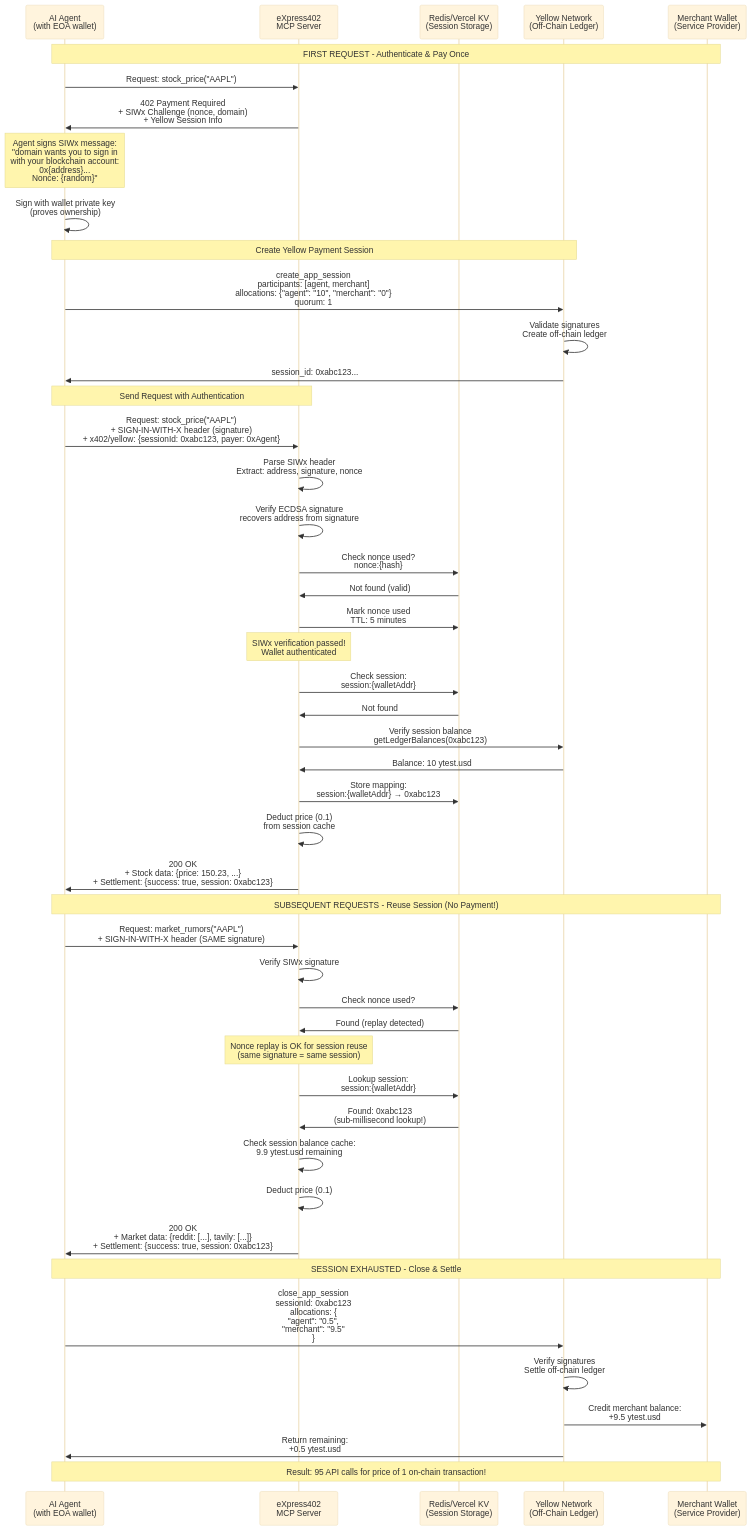
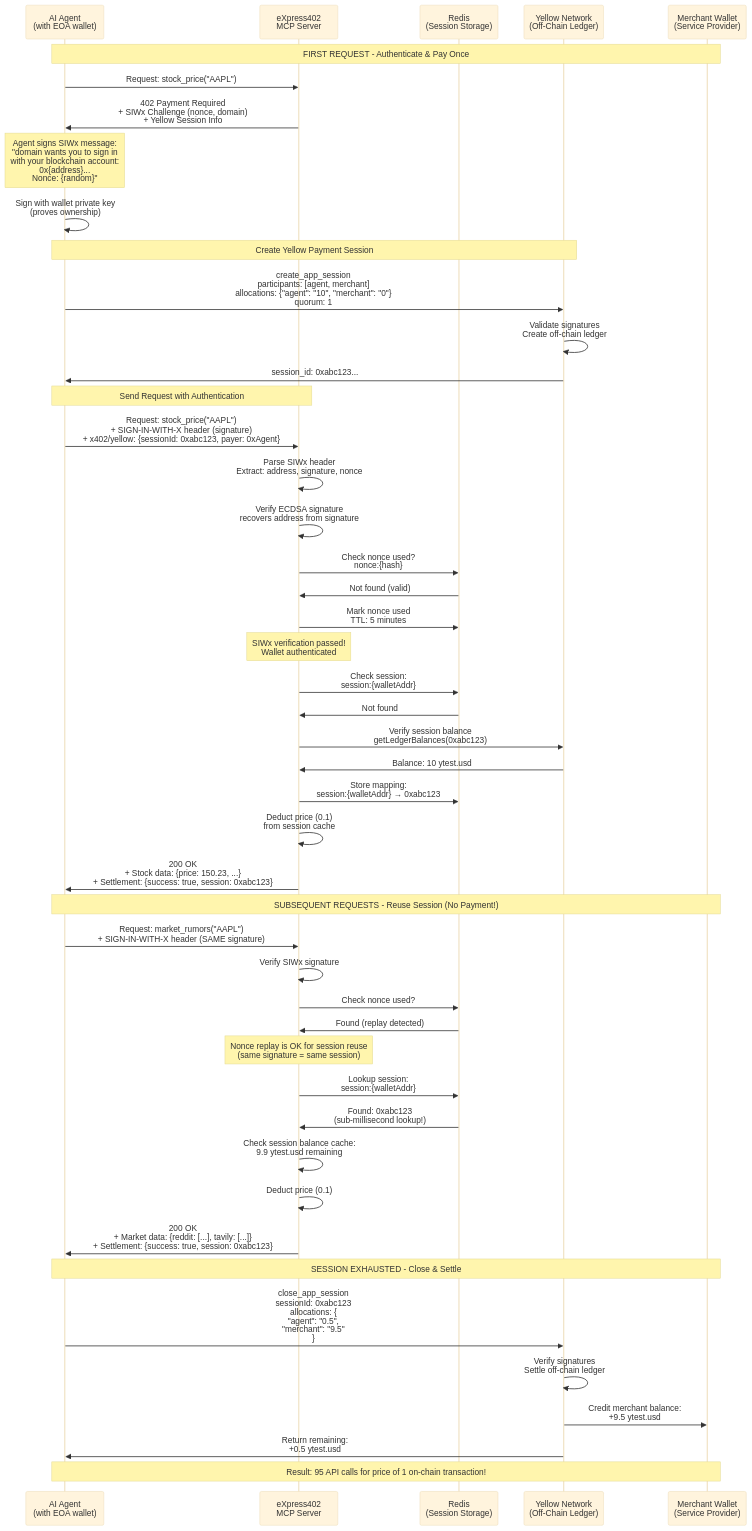
Before and after one commit to vhspace/eXpress402: the second of 8 diagrams in docs/HACKATHON-FLOWS.md, drawn with Mermaid (base theme). The commit also changed other lines of this file, not shown here.

First line of the commit message:
docs: remove Vercel KV mention in hackathon flows

````diff
--- a/docs/HACKATHON-FLOWS.md
+++ b/docs/HACKATHON-FLOWS.md
@@ -70,76 +70,76 @@
 ```mermaid
 sequenceDiagram
     participant Agent as AI Agent<br/>(with EOA wallet)
     participant MCP as eXpress402<br/>MCP Server
-    participant Redis as Redis/Vercel KV<br/>(Session Storage)
+    participant Redis as Redis<br/>(Session Storage)
     participant Yellow as Yellow Network<br/>(Off-Chain Ledger)
     participant Merchant as Merchant Wallet<br/>(Service Provider)
 
     Note over Agent,Merchant: FIRST REQUEST - Authenticate & Pay Once
     
     Agent->>MCP: Request: stock_price("AAPL")
     MCP->>Agent: 402 Payment Required<br/>+ SIWx Challenge (nonce, domain)<br/>+ Yellow Session Info
     
     Note over Agent: Agent signs SIWx message:<br/>"domain wants you to sign in<br/>with your blockchain account:<br/>0x{address}...<br/>Nonce: {random}"
     
     Agent->>Agent: Sign with wallet private key<br/>(proves ownership)
     
     Note over Agent,Yellow: Create Yellow Payment Session
     
     Agent->>Yellow: create_app_session<br/>participants: [agent, merchant]<br/>allocations: {"agent": "10", "merchant": "0"}<br/>quorum: 1
     Yellow->>Yellow: Validate signatures<br/>Create off-chain ledger
     Yellow->>Agent: session_id: 0xabc123...
     
     Note over Agent,MCP: Send Request with Authentication
     
     Agent->>MCP: Request: stock_price("AAPL")<br/>+ SIGN-IN-WITH-X header (signature)<br/>+ x402/yellow: {sessionId: 0xabc123, payer: 0xAgent}
     
     MCP->>MCP: Parse SIWx header<br/>Extract: address, signature, nonce
     MCP->>MCP: Verify ECDSA signature<br/>recovers address from signature
     MCP->>Redis: Check nonce used?<br/>nonce:{hash}
     Redis->>MCP: Not found (valid)
     MCP->>Redis: Mark nonce used<br/>TTL: 5 minutes
     
     Note over MCP: SIWx verification passed!<br/>Wallet authenticated
     
     MCP->>Redis: Check session:<br/>session:{walletAddr}
     Redis->>MCP: Not found
     
     MCP->>Yellow: Verify session balance<br/>getLedgerBalances(0xabc123)
     Yellow->>MCP: Balance: 10 ytest.usd
     
     MCP->>Redis: Store mapping:<br/>session:{walletAddr} → 0xabc123
     
     MCP->>MCP: Deduct price (0.1)<br/>from session cache
     
     MCP->>Agent: 200 OK<br/>+ Stock data: {price: 150.23, ...}<br/>+ Settlement: {success: true, session: 0xabc123}
 
     Note over Agent,Merchant: SUBSEQUENT REQUESTS - Reuse Session (No Payment!)
     
     Agent->>MCP: Request: market_rumors("AAPL")<br/>+ SIGN-IN-WITH-X header (SAME signature)
     
     MCP->>MCP: Verify SIWx signature
     MCP->>Redis: Check nonce used?
     Redis->>MCP: Found (replay detected)
     
     Note over MCP: Nonce replay is OK for session reuse<br/>(same signature = same session)
     
     MCP->>Redis: Lookup session:<br/>session:{walletAddr}
     Redis->>MCP: Found: 0xabc123<br/>(sub-millisecond lookup!)
     
     MCP->>MCP: Check session balance cache:<br/>9.9 ytest.usd remaining
     
     MCP->>MCP: Deduct price (0.1)
     
     MCP->>Agent: 200 OK<br/>+ Market data: {reddit: [...], tavily: [...]}<br/>+ Settlement: {success: true, session: 0xabc123}
     
     Note over Agent,Merchant: SESSION EXHAUSTED - Close & Settle
     
     Agent->>Yellow: close_app_session<br/>sessionId: 0xabc123<br/>allocations: {<br/>  "agent": "0.5",<br/>  "merchant": "9.5"<br/>}
     
     Yellow->>Yellow: Verify signatures<br/>Settle off-chain ledger
     Yellow->>Merchant: Credit merchant balance:<br/>+9.5 ytest.usd
     Yellow->>Agent: Return remaining:<br/>+0.5 ytest.usd
     
     Note over Agent,Merchant: Result: 95 API calls for price of 1 on-chain transaction!
 ```
````
